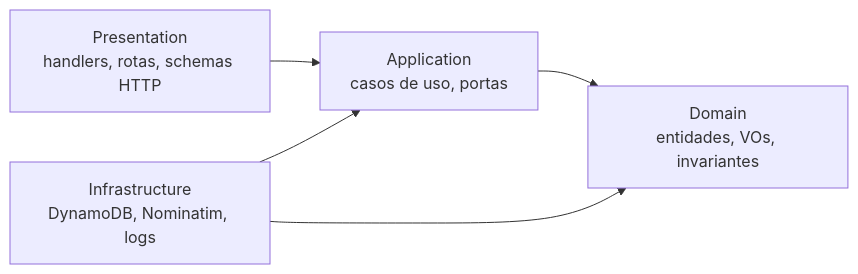
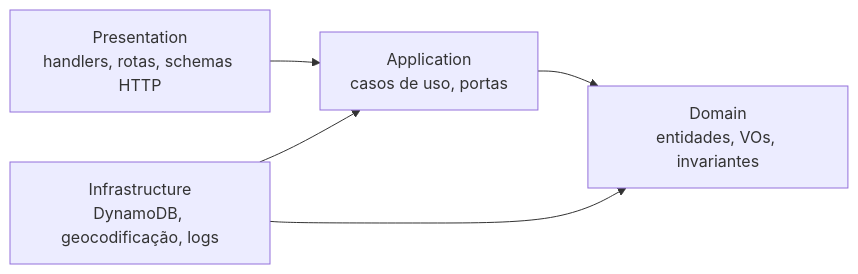
Before and after one commit to Sagan42/PontoColetaApp: the second of 4 diagrams in docs/architecture.md, drawn with Mermaid. The commit also changed other lines of this file and 13 other files, not shown here.

````diff
--- a/docs/architecture.md
+++ b/docs/architecture.md
@@ -47,12 +47,12 @@
 ```mermaid
 flowchart LR
     P["Presentation<br/>handlers, rotas, schemas HTTP"]
     AP["Application<br/>casos de uso, portas"]
     D["Domain<br/>entidades, VOs, invariantes"]
-    I["Infrastructure<br/>DynamoDB, Nominatim, logs"]
+    I["Infrastructure<br/>DynamoDB, geocodificação, logs"]
 
     P --> AP
     AP --> D
     I --> AP
     I --> D
 ```
````
